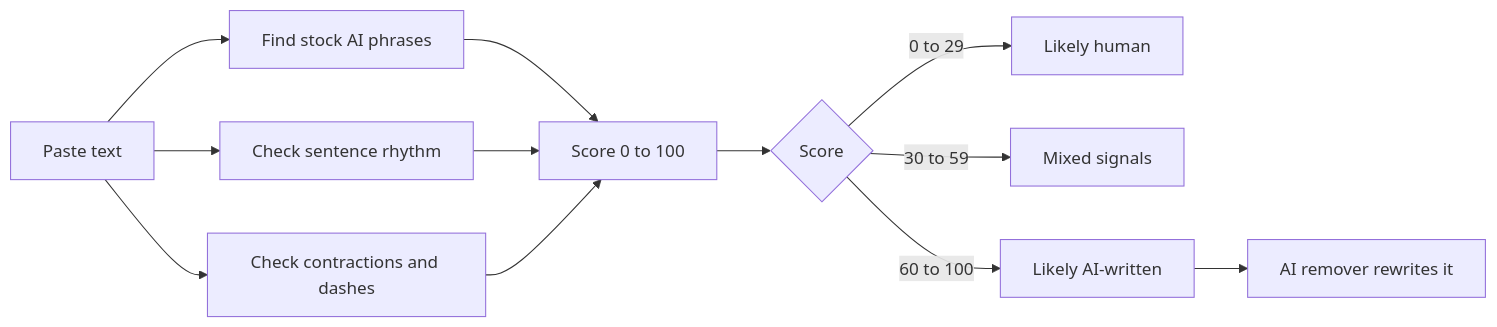
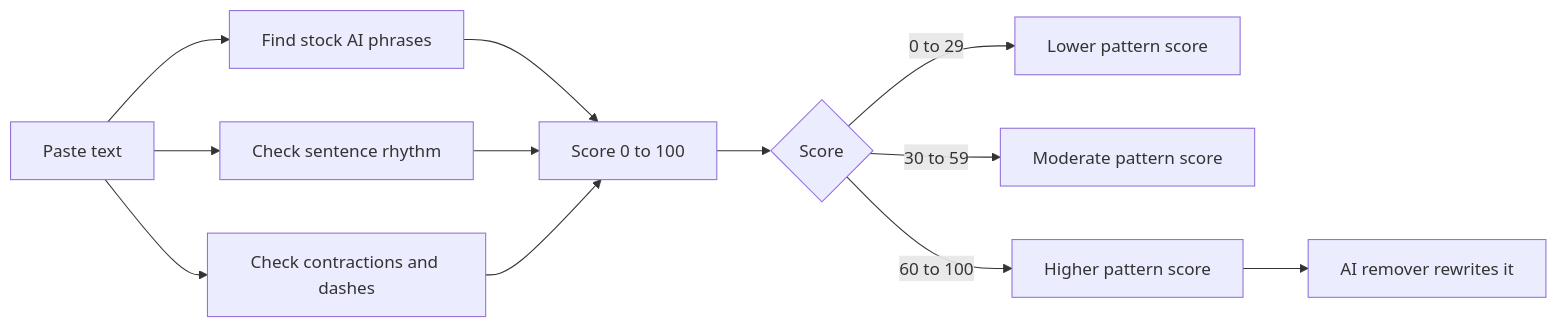
One commit to dapperdude404/octo changed the diagram in README.md. Above: the diagram before and after it, drawn with Mermaid. The commit also changed other lines of this file, not shown here.

````diff
--- a/README.md
+++ b/README.md
@@ -126,14 +141,14 @@
 ```mermaid
 flowchart LR
     A[Paste text] --> B[Find stock AI phrases]
     A --> C[Check sentence rhythm]
     A --> D[Check contractions and dashes]
     B --> E[Score 0 to 100]
     C --> E
     D --> E
     E --> F{Score}
-    F -->|0 to 29| G[Likely human]
-    F -->|30 to 59| H[Mixed signals]
-    F -->|60 to 100| I[Likely AI-written]
+    F -->|0 to 29| G[Lower pattern score]
+    F -->|30 to 59| H[Moderate pattern score]
+    F -->|60 to 100| I[Higher pattern score]
     I --> J[AI remover rewrites it]
 ```
````
